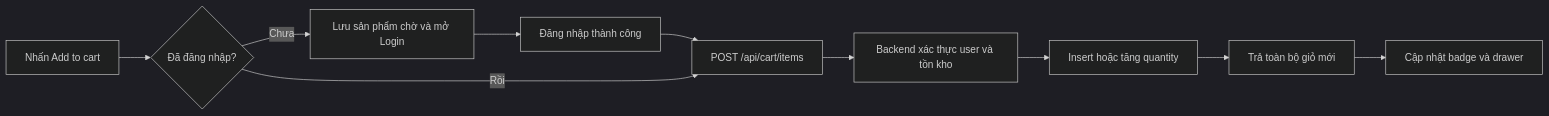
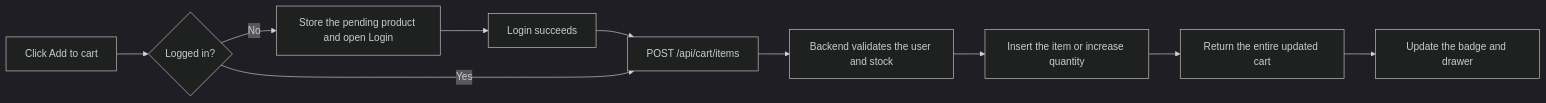
Before and after one commit to Henhhh/Web_29GG: the first of 2 diagrams in docs/cart-flow.md, drawn with Mermaid (dark theme). The commit also changed other lines of this file and 5 other files, not shown here.

````diff
--- a/docs/cart-flow.md
+++ b/docs/cart-flow.md
@@ -40,12 +40,12 @@
 ```mermaid
 flowchart LR
-    A[Nhấn Add to cart] --> B{Đã đăng nhập?}
-    B -- Chưa --> C[Lưu sản phẩm chờ và mở Login]
-    C --> D[Đăng nhập thành công]
+    A[Click Add to cart] --> B{Logged in?}
+    B -- No --> C[Store the pending product and open Login]
+    C --> D[Login succeeds]
     D --> E[POST /api/cart/items]
-    B -- Rồi --> E
-    E --> F[Backend xác thực user và tồn kho]
-    F --> G[Insert hoặc tăng quantity]
-    G --> H[Trả toàn bộ giỏ mới]
-    H --> I[Cập nhật badge và drawer]
+    B -- Yes --> E
+    E --> F[Backend validates the user and stock]
+    F --> G[Insert the item or increase quantity]
+    G --> H[Return the entire updated cart]
+    H --> I[Update the badge and drawer]
 ```
````
